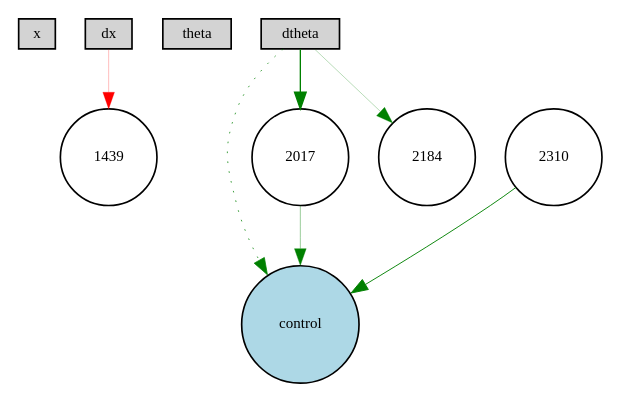
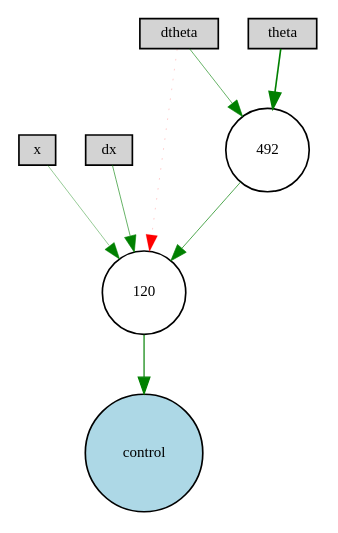
The diagram in examples/single-pole-balancing/Digraph.gv (felix0901/NEAT), drawn with Graphviz before and after one commit. The commit also changed 21 other files, not shown here.

```diff
--- a/examples/single-pole-balancing/Digraph.gv
+++ b/examples/single-pole-balancing/Digraph.gv
@@ -1,18 +1,17 @@
 digraph {
 	node [fontsize=9 height=0.2 shape=circle width=0.2]
 	x [fillcolor=lightgray shape=box style=filled]
 	dx [fillcolor=lightgray shape=box style=filled]
 	theta [fillcolor=lightgray shape=box style=filled]
 	dtheta [fillcolor=lightgray shape=box style=filled]
 	control [fillcolor=lightblue style=filled]
-	2017 [fillcolor=white style=filled]
-	2310 [fillcolor=white style=filled]
-	2184 [fillcolor=white style=filled]
-	1439 [fillcolor=white style=filled]
-	dx -> 1439 [color=red penwidth=0.1568837049507772 style=solid]
-	dtheta -> control [color=green penwidth=0.4501067512615654 style=dotted]
-	dtheta -> 2017 [color=green penwidth=0.8047323853698989 style=solid]
-	2017 -> control [color=green penwidth=0.24266026298012347 style=solid]
-	dtheta -> 2184 [color=green penwidth=0.16547266893453494 style=solid]
-	2310 -> control [color=green penwidth=0.5600302436273658 style=solid]
+	120 [fillcolor=white style=filled]
+	492 [fillcolor=white style=filled]
+	dtheta -> 120 [color=red penwidth=0.12240248148808258 style=dotted]
+	120 -> control [color=green penwidth=0.7116546684830001 style=solid]
+	x -> 120 [color=green penwidth=0.2535057517298861 style=solid]
+	dx -> 120 [color=green penwidth=0.3632057701957695 style=solid]
+	dtheta -> 492 [color=green penwidth=0.35750629966161207 style=solid]
+	492 -> 120 [color=green penwidth=0.4144506222021679 style=solid]
+	theta -> 492 [color=green penwidth=0.9930993597949437 style=solid]
 }
```
